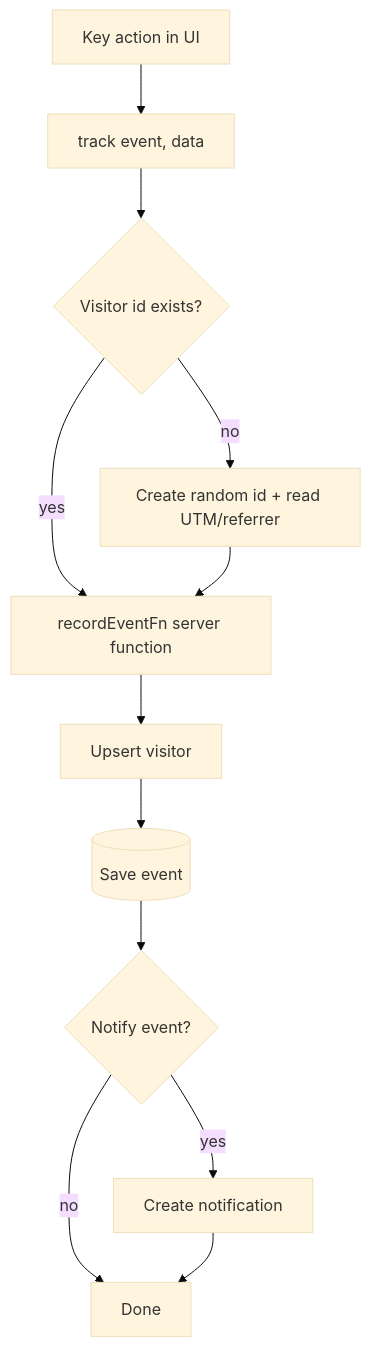
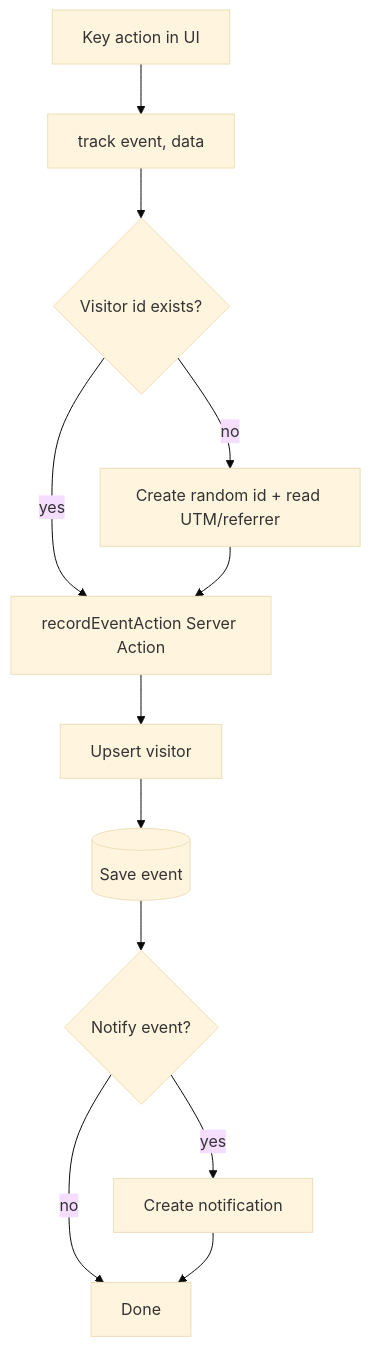
The diagram in docs/features/tracking.md (AhmedElnagarUU/Demmoss), drawn with Mermaid (base theme) before and after one commit. The commit also changed other lines of this file and 19 other files, not shown here.

````diff
--- a/docs/features/tracking.md
+++ b/docs/features/tracking.md
@@ -33,14 +33,14 @@
 ```mermaid
 flowchart TD
   A[Key action in UI] --> T[track event, data]
   T --> ID{Visitor id exists?}
   ID -->|no| NEW[Create random id + read UTM/referrer]
   ID -->|yes| SEND
-  NEW --> SEND[recordEventFn server function]
+  NEW --> SEND[recordEventAction Server Action]
   SEND --> UP[Upsert visitor]
   UP --> SAVE[(Save event)]
   SAVE --> Q{Notify event?}
   Q -->|yes| N[Create notification]
   Q -->|no| END[Done]
   N --> END
 ```
````
